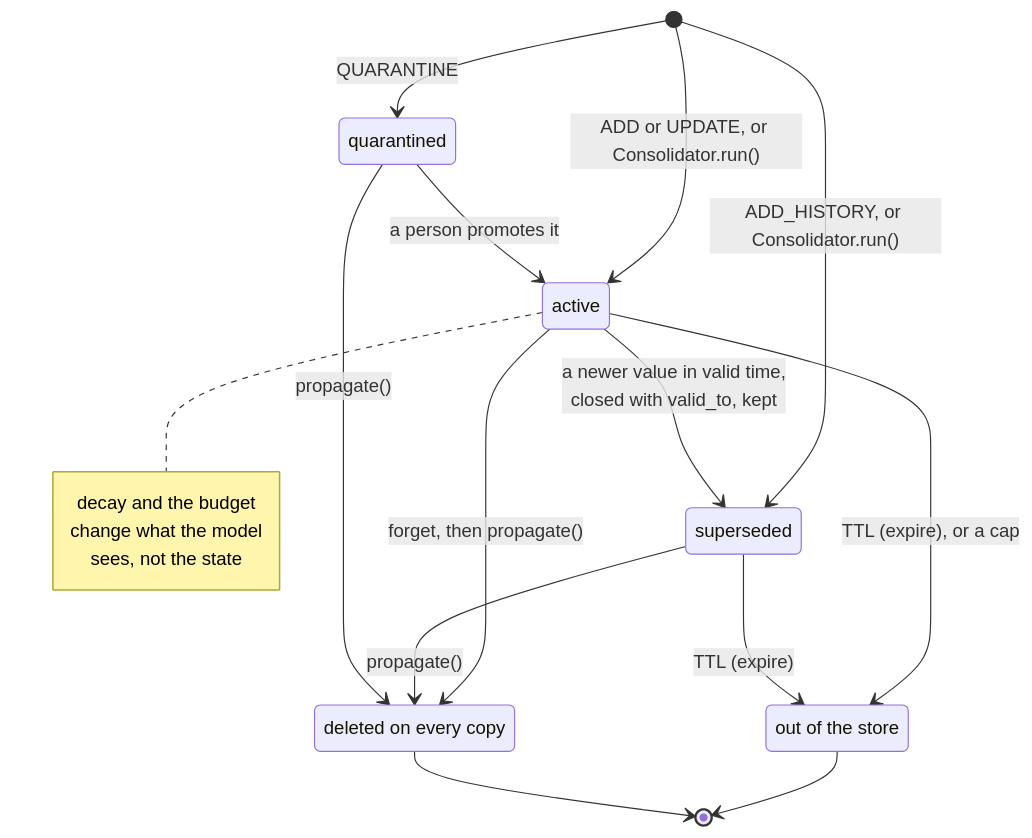
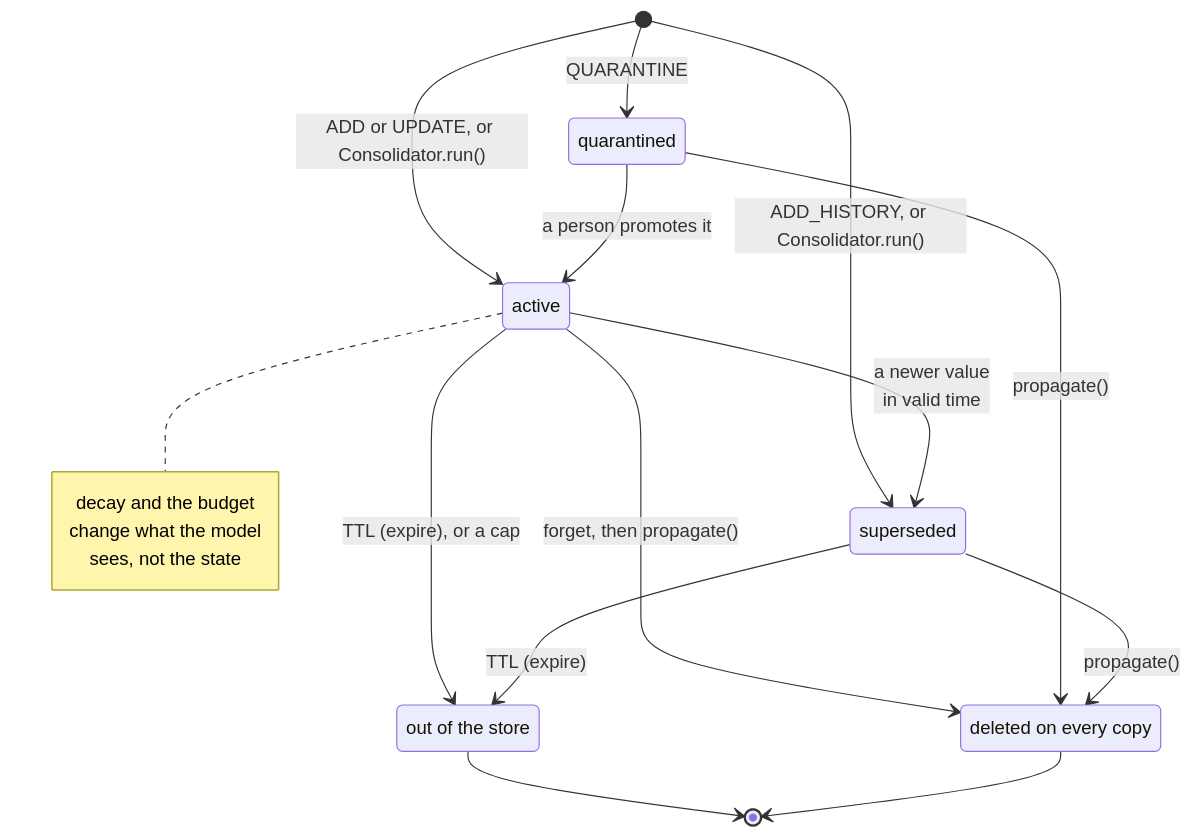
The fourth of 6 diagrams in 07-application-agent-framework/agent-memory/PRIMER.md (aniryou/full-stack-agentic-engineer), drawn with Mermaid before and after one commit. The commit also changed other lines of this file and 633 other files, not shown here.

First line of the commit message:
Accessible language and one-screen figures, part 1: every figure fits a screen, the STE second pass over the layers (#53)

````diff
--- a/07-application-agent-framework/agent-memory/PRIMER.md
+++ b/07-application-agent-framework/agent-memory/PRIMER.md
@@ -566,18 +572,18 @@
 ```mermaid
 stateDiagram-v2
+    state "deleted on every copy" as deleted
     state "out of the store" as gone
-    state "deleted on every copy" as deleted
     [*] --> active: ADD or UPDATE, or Consolidator.run()
     [*] --> quarantined: QUARANTINE
     [*] --> superseded: ADD_HISTORY, or Consolidator.run()
+    active --> deleted: forget, then propagate()
+    quarantined --> deleted: propagate()
     quarantined --> active: a person promotes it
-    active --> superseded: a newer value in valid time,<br/>closed with valid_to, kept
+    active --> superseded: a newer value<br/>in valid time
     active --> gone: TTL (expire), or a cap
     superseded --> gone: TTL (expire)
-    active --> deleted: forget, then propagate()
     superseded --> deleted: propagate()
-    quarantined --> deleted: propagate()
     note right of active: decay and the budget<br/>change what the model<br/>sees, not the state
     gone --> [*]
     deleted --> [*]
 ```
````
